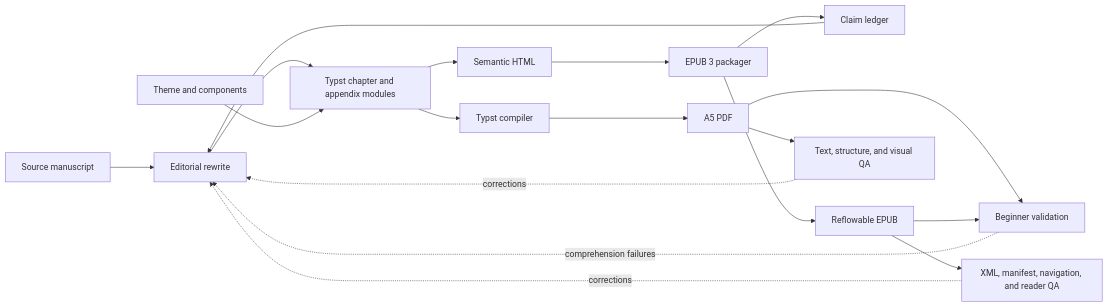
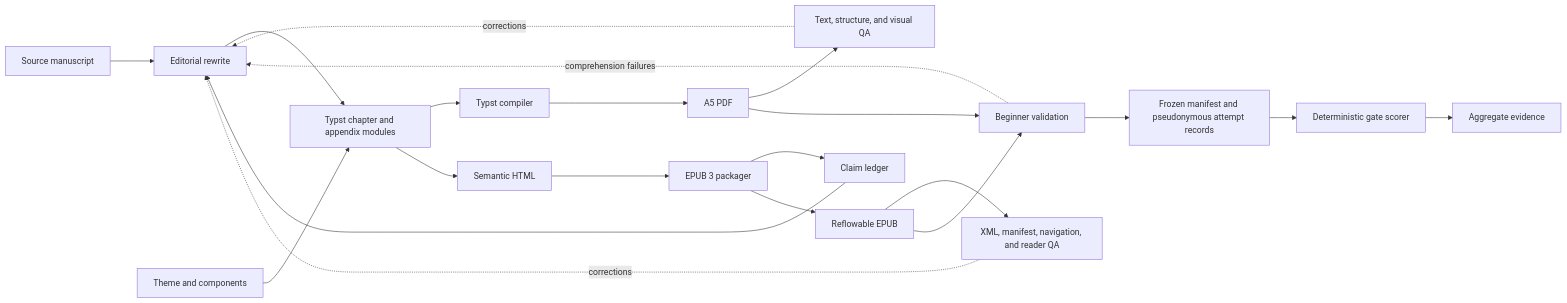
Before and after one commit to streamentry/streamentry: the fifth of 5 diagrams in AGENTS.md, drawn with Mermaid. The commit also changed other lines of this file and 45 other files, not shown here.

````diff
--- a/AGENTS.md
+++ b/AGENTS.md
@@ -116,20 +132,23 @@
 ```mermaid
 flowchart LR
   S["Source manuscript"] --> E["Editorial rewrite"]
   P["Primary texts and editions"] --> L["Claim ledger"]
   L --> E
   E --> T["Typst chapter and appendix modules"]
   Y["Theme and components"] --> T
   T --> C["Typst compiler"]
   C --> D["A5 PDF"]
   T --> H["Semantic HTML"]
   H --> P["EPUB 3 packager"]
   P --> U["Reflowable EPUB"]
   D --> Q["Text, structure, and visual QA"]
   U --> V["XML, manifest, navigation, and reader QA"]
   D --> B["Beginner validation"]
   U --> B
+  B --> R["Frozen manifest and pseudonymous attempt records"]
+  R --> SC["Deterministic gate scorer"]
+  SC --> AE["Aggregate evidence"]
   Q -. "corrections" .-> E
   V -. "corrections" .-> E
   B -. "comprehension failures" .-> E
 ```
````
